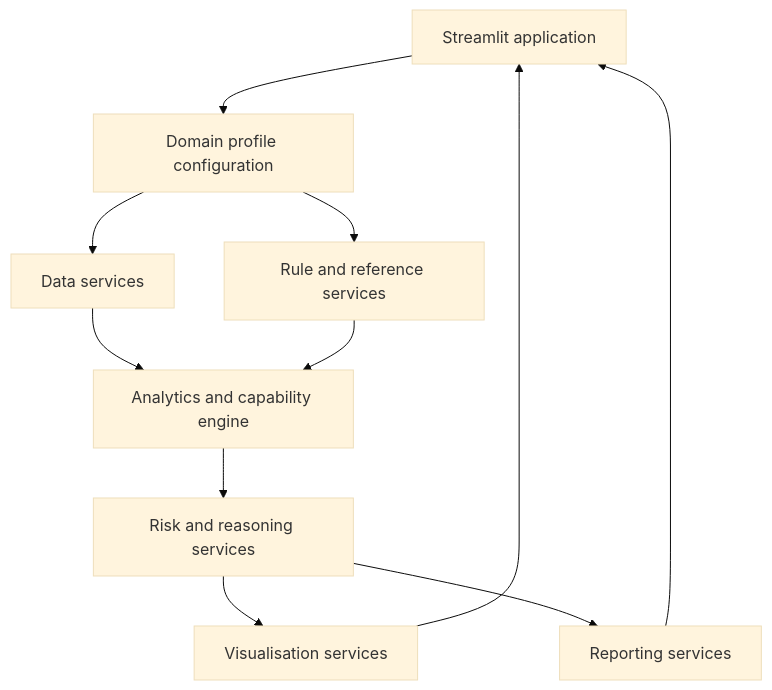
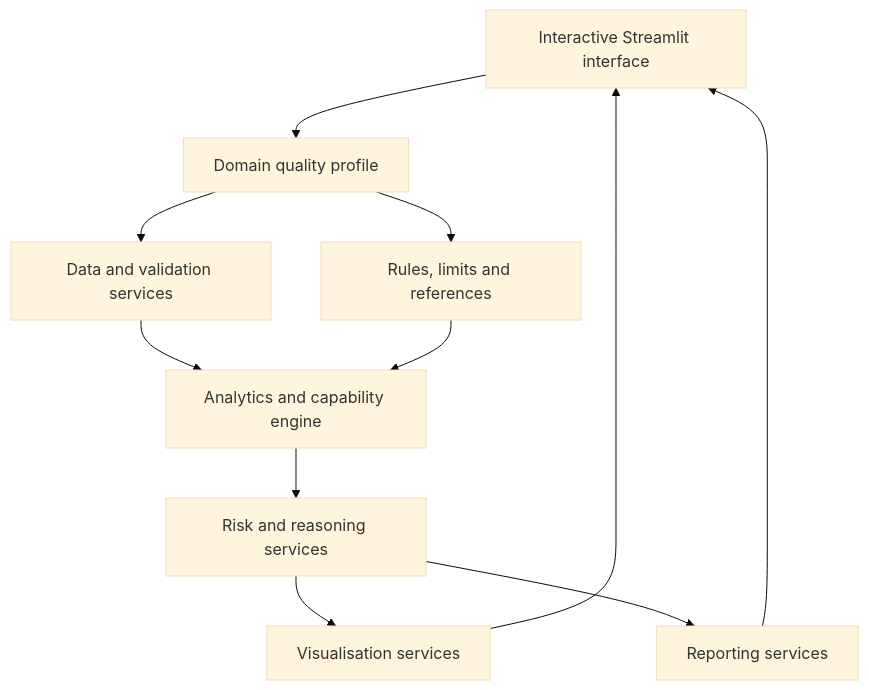
The second of 2 diagrams in README.md (Janicebenita/DQIP-Digital-Quality-Intelligence-Platform), drawn with Mermaid (base theme) before and after one commit. The commit also changed other lines of this file and 5 other files, not shown here.

````diff
--- a/README.md
+++ b/README.md
@@ -80,13 +218,13 @@
 ```mermaid
 flowchart TB
-    UI[Streamlit application] --> PROFILE[Domain profile configuration]
-    PROFILE --> DATA[Data services]
-    PROFILE --> RULES[Rule and reference services]
-    DATA --> ANALYTICS[Analytics and capability engine]
-    RULES --> ANALYTICS
-    ANALYTICS --> RISK[Risk and reasoning services]
+    UI[Interactive Streamlit interface] --> PROFILE[Domain quality profile]
+    PROFILE --> DATA[Data and validation services]
+    PROFILE --> RULES[Rules, limits and references]
+    DATA --> ENGINE[Analytics and capability engine]
+    RULES --> ENGINE
+    ENGINE --> RISK[Risk and reasoning services]
     RISK --> VIS[Visualisation services]
     RISK --> REPORT[Reporting services]
     VIS --> UI
     REPORT --> UI
 ```
````
